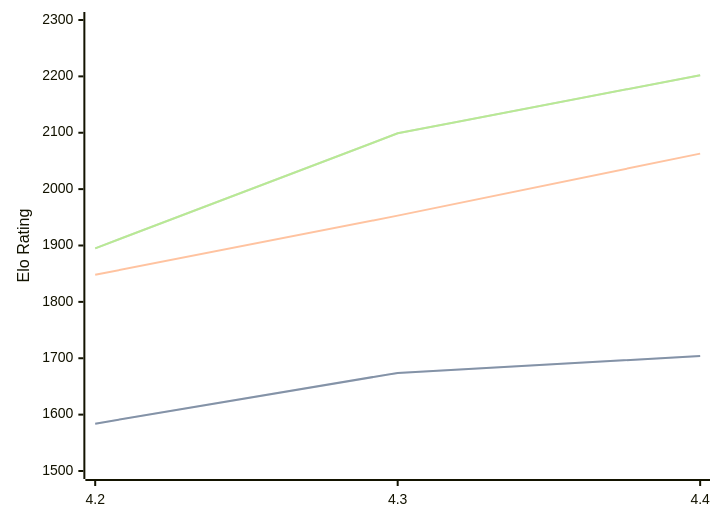
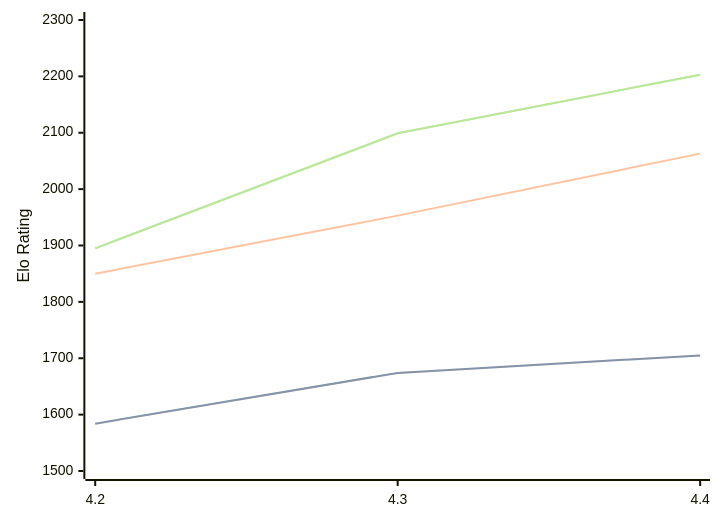
The diagram in engines/Radiance.md (computer-chess-index/cci), drawn with Mermaid before and after one commit. The commit also changed other lines of this file, not shown here.

Commit message:
Update CCI Ratings (ELO VLTC) - 2026-09-13

````diff
--- a/engines/Radiance.md
+++ b/engines/Radiance.md
@@ -33,11 +33,11 @@
 ```mermaid
 %%{init: {"theme":"base","themeVariables":{"seriesColors:['#a3a3a3','#222221','#faa371']}}}%%
 xychart-beta
   x-axis ["4.2", "4.3", "4.4"]
   y-axis "Elo Rating" 1500 --> 2300
-  line "" [1584, 1674, 1704]
-  line "STC (8.0+0.08s)" [1584, 1674, 1704]
-  line "LTC (60.0+0.60s)" [1848, 1953, 2063]
-  line "" [1895, 2099, 2202]
-  line "VLTC (2m24s+1.12s)" [1895, 2099, 2202]
+  line "" [1584, 1674, 1705]
+  line "STC (8.0+0.08s)" [1584, 1674, 1705]
+  line "LTC (60.0+0.60s)" [1850, 1953, 2063]
+  line "" [1895, 2099, 2203]
+  line "VLTC (2m24s+1.12s)" [1895, 2099, 2203]
 ```
````
